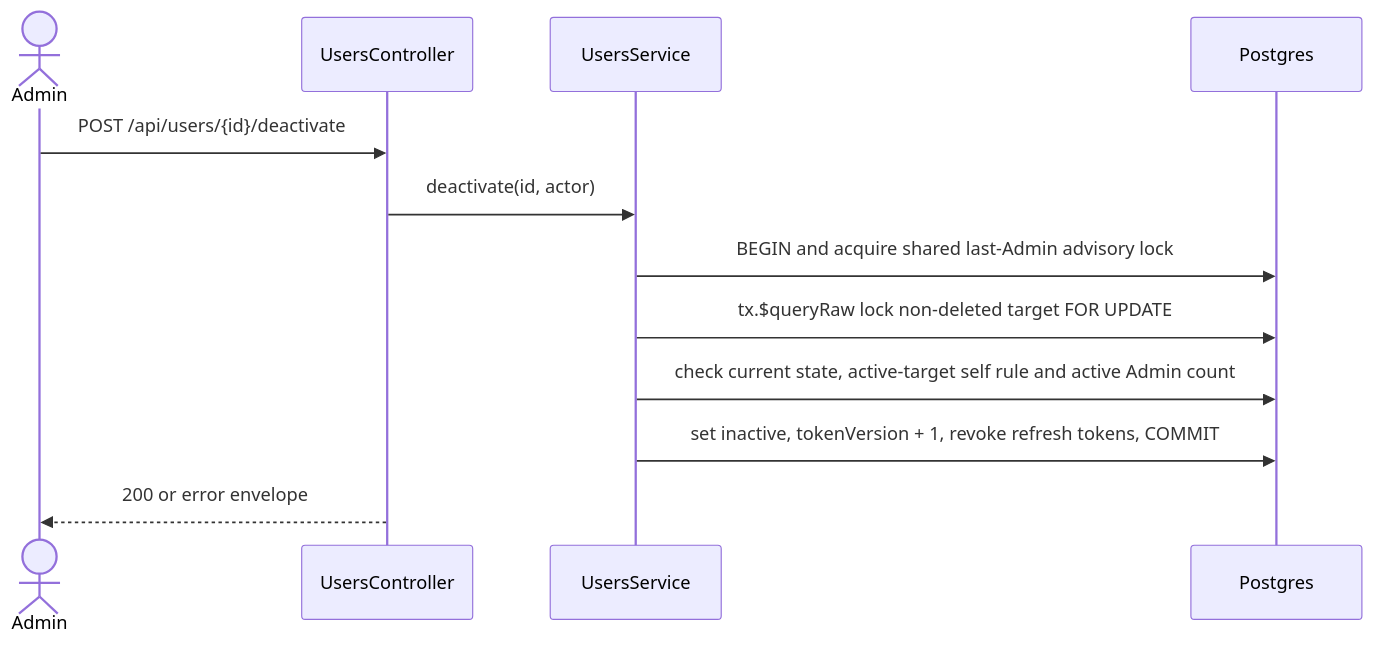
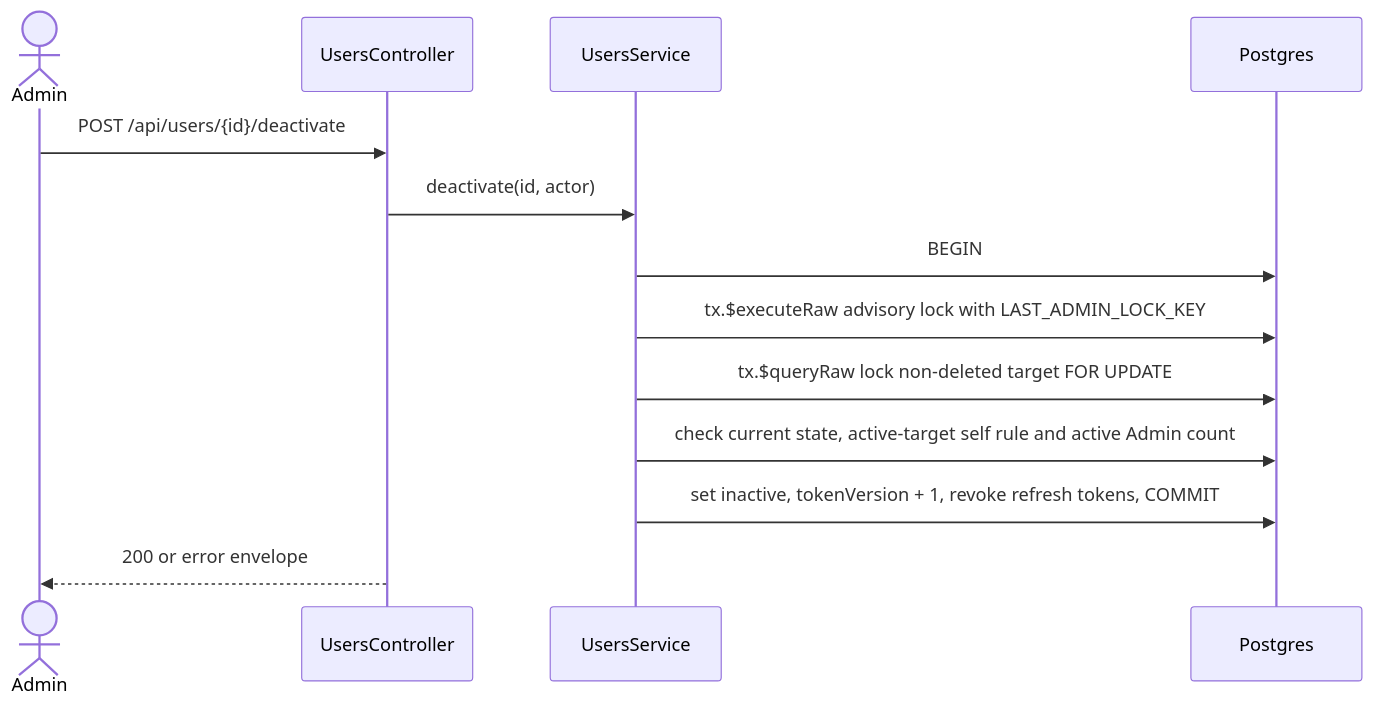
One commit to TrekLink-Team/treklink-web changed the second of 2 diagrams in specs/auth/api-design/20-post-users-deactivate.md. Above: the diagram before and after it, drawn with Mermaid. The commit also changed other lines of this file and 3 other files, not shown here.

Commit message:
docs(TK-22): use executable advisory lock

````diff
--- a/specs/auth/api-design/20-post-users-deactivate.md
+++ b/specs/auth/api-design/20-post-users-deactivate.md
@@ -89,14 +89,15 @@
 ```mermaid
 sequenceDiagram
     actor Admin
     participant Controller as UsersController
     participant Service as UsersService
     participant DB as Postgres
     Admin->>Controller: POST /api/users/{id}/deactivate
     Controller->>Service: deactivate(id, actor)
-    Service->>DB: BEGIN and acquire shared last-Admin advisory lock
+    Service->>DB: BEGIN
+    Service->>DB: tx.$executeRaw advisory lock with LAST_ADMIN_LOCK_KEY
     Service->>DB: tx.$queryRaw lock non-deleted target FOR UPDATE
     Service->>DB: check current state, active-target self rule and active Admin count
     Service->>DB: set inactive, tokenVersion + 1, revoke refresh tokens, COMMIT
     Controller-->>Admin: 200 or error envelope
 ```
````
